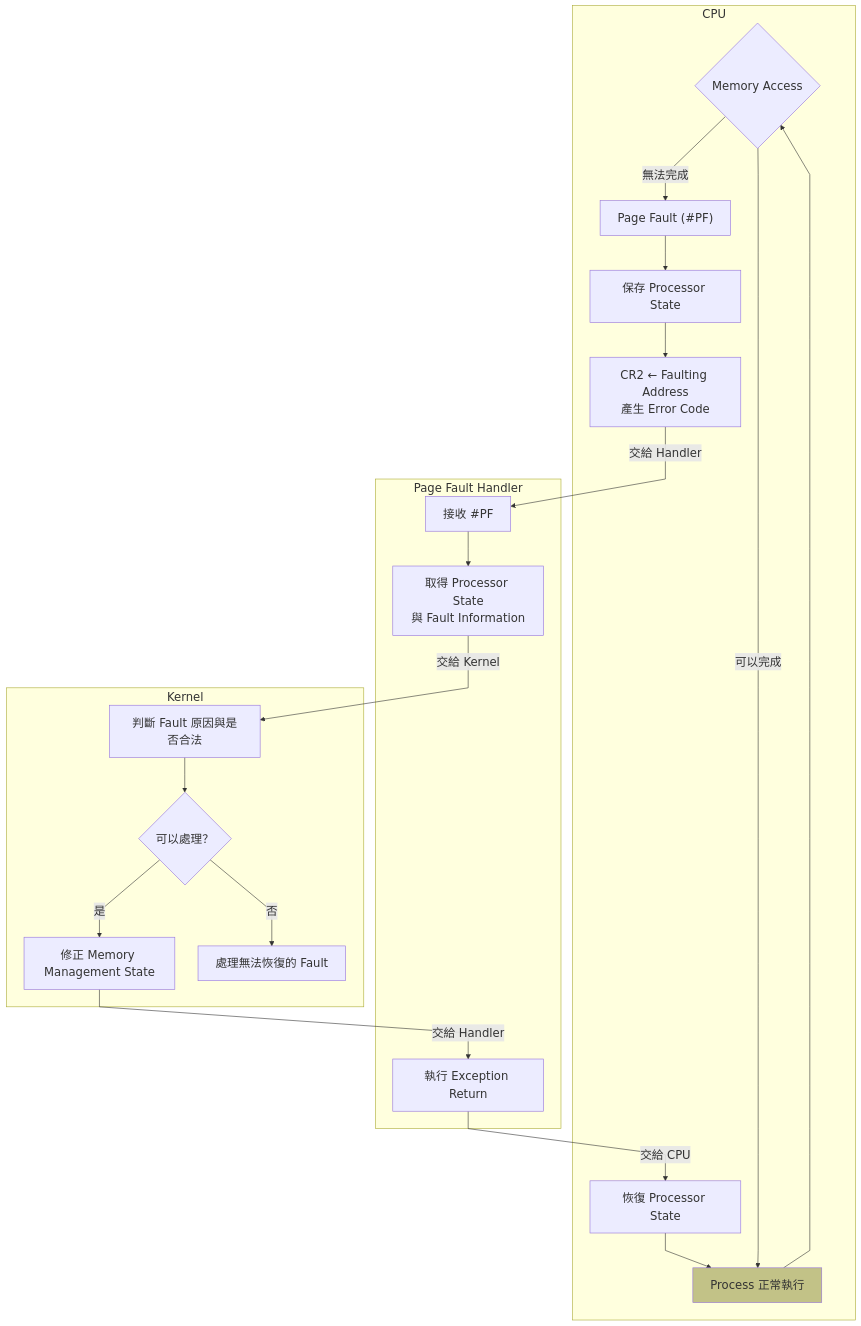
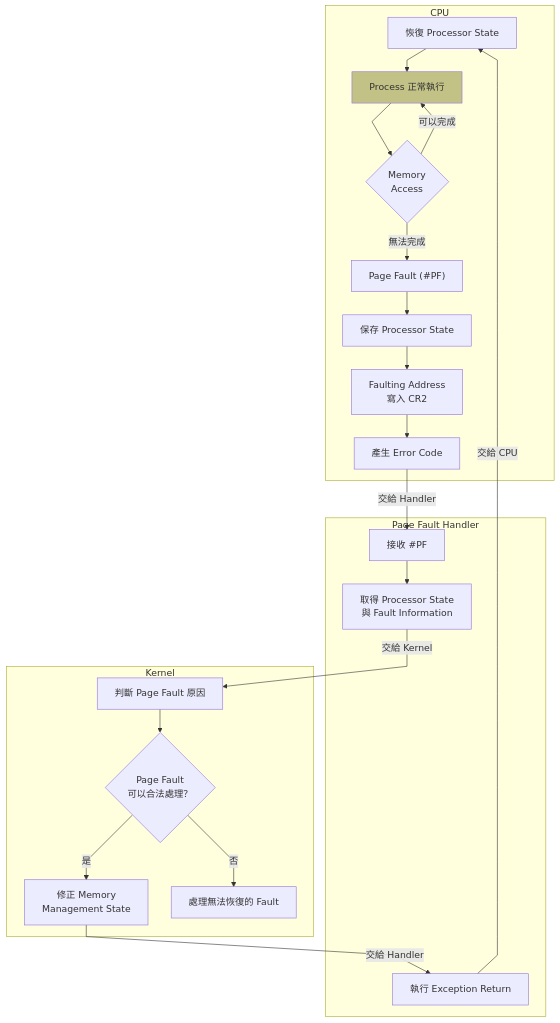
The diagram in prior-knowledge/Relocated/Page-Fault-Interrupt-Handler.md (Jingyu1998/x86-64-linux-bootup), drawn with Mermaid before and after one commit.

Commit message:
Update mermaid in Page-Fault-Interrupt-Handler.md

````diff
--- a/prior-knowledge/Relocated/Page-Fault-Interrupt-Handler.md
+++ b/prior-knowledge/Relocated/Page-Fault-Interrupt-Handler.md
@@ -35,58 +35,59 @@
 ```mermaid
 %%{init: {
   'flowchart': { 
     'nodeSpacing': 40, 
-    'rankSpacing': 60,
+    'rankSpacing': 40,
     'curve': 'linear'
   },
   'themeVariables': {
-    'fontSize': '20px',
+    'fontSize': '16px',
     'fontFamily': 'monospace'
   }
 }}%%
 flowchart TD
     %% Define Styles
     classDef logNode fill:#fff3e0
     classDef StringNode fill:#95CACA
     classDef MacroNode fill:#C2C287
     
     %% Subgraph 
     subgraph CPU
-        A{"Memory Access"}
+        F["恢復 Processor State"]
+        G["Process 正常執行"]:::MacroNode
+        A{"Memory<br/>Access"}
         C["Page Fault (#PF)"]
         D["保存 Processor State"]
-        E["CR2 ← Faulting Address<br/>產生 Error Code"]
-        F["恢復 Processor State"]
-        G["Process 正常執行"]:::MacroNode
+        E["Faulting Address<br/>寫入 CR2"]
+        B["產生 Error Code"]
+
         %% Connection
-        A  -- "無法完成" --> C --> D --> E
+        A  -- "無法完成" --> C --> D --> E --> B
         A  -- "可以完成" --> G
         F  --> G
         G  --> A
     end
 
     subgraph Handler["Page Fault Handler"]
         H["接收 #PF"]
         I["取得 Processor State<br/>與 Fault Information"]
         K["執行 Exception Return"]
         %% Connection
         H --> I 
     end
 
     subgraph Kernel
-        L["判斷 Fault 原因與是否合法"]
-        M{"可以處理？"}
-        N["修正 Memory Management State"]
+        L["判斷 Page Fault 原因"]
+        M{"Page Fault<br/>可以合法處理？"}
+        N["修正 Memory<br/>Management State"]
         O["處理無法恢復的 Fault"]
         %% Connection
         L --> M
         M -- "是" --> N 
         M -- "否" --> O
     end
     
-    E -- "交給 Handler" --> H
+    B -- "交給 Handler" --> H
     I -- "交給 Kernel" --> L
     N -- "交給 Handler" --> K
     K -- "交給 CPU" --> F
-
 ```
````
